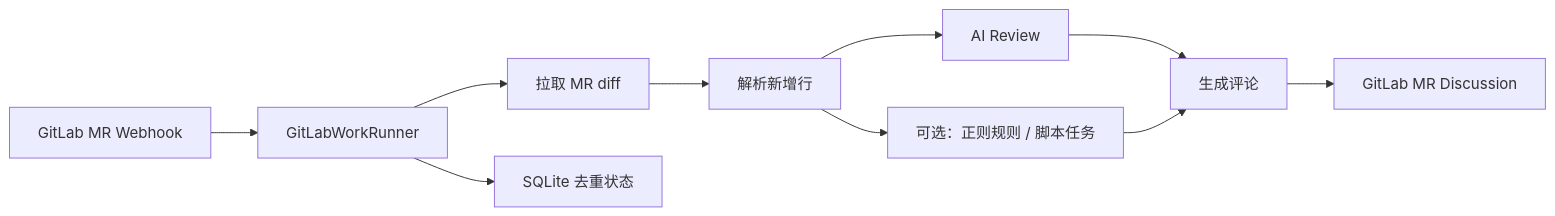
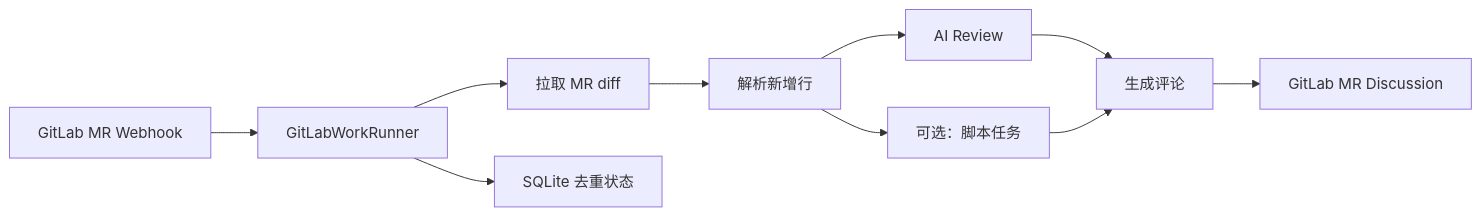
One commit to SwartzMss/GitLabWorkRunner changed the first of 2 diagrams in README.md. Above: the diagram before and after it, drawn with Mermaid. The commit also changed other lines of this file and 13 other files, not shown here.

````diff
--- a/README.md
+++ b/README.md
@@ -11,12 +11,12 @@
 ```mermaid
 flowchart LR
     A["GitLab MR Webhook"] --> B["GitLabWorkRunner"]
     B --> C["拉取 MR diff"]
     C --> D["解析新增行"]
     D --> F["AI Review"]
-    D --> E["可选：正则规则 / 脚本任务"]
+    D --> E["可选：脚本任务"]
     F --> H["生成评论"]
     E --> H
     H --> I["GitLab MR Discussion"]
     B --> J["SQLite 去重状态"]
 ```
````
